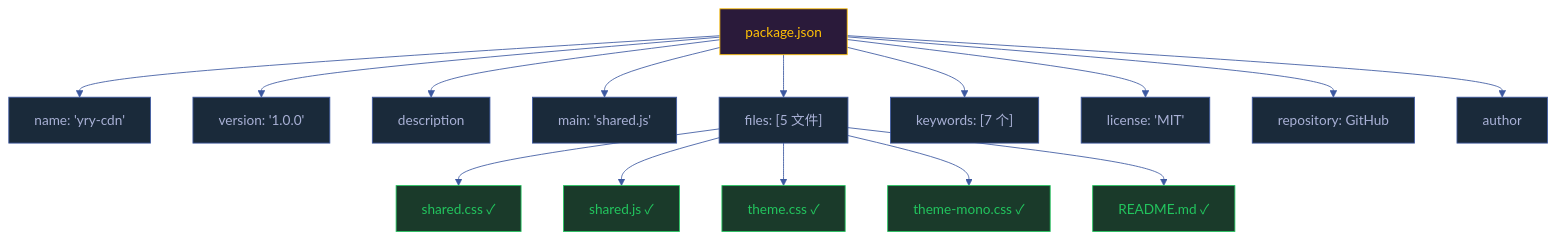
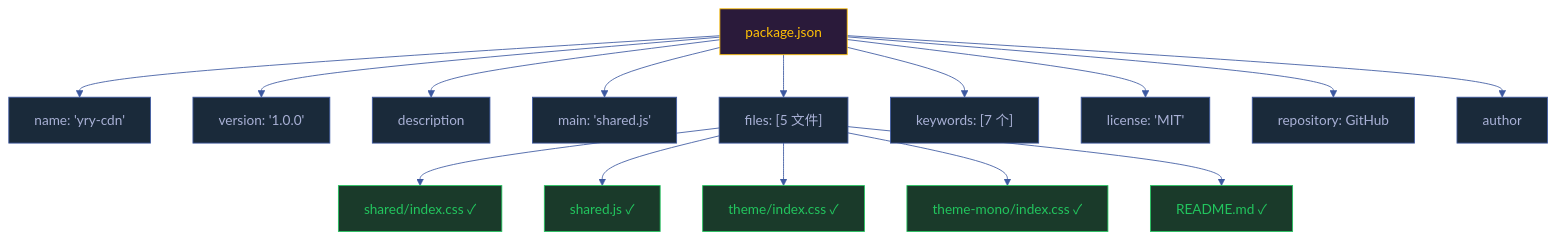
Before and after one commit to effiy/YrY: the second of 3 diagrams in cdn/故事任务面板/cdn/场景-5-npm包发布与版本管理/index.md, drawn with Mermaid. The commit also changed other lines of this file and 553 other files, not shown here.

````diff
--- a/cdn/故事任务面板/cdn/场景-5-npm包发布与版本管理/index.md
+++ b/cdn/故事任务面板/cdn/场景-5-npm包发布与版本管理/index.md
@@ -70,30 +70,30 @@
 ```mermaid
 %%{init: {'theme': 'base', 'themeVariables': {
   'primaryColor': '#1e1f2b',
   'primaryTextColor': '#a9b1d6',
   'primaryBorderColor': '#3d59a1',
   'lineColor': '#3d59a1',
   'secondaryColor': '#2b2d3b',
   'tertiaryColor': '#21232f'
 }}}%%
 flowchart TD
     PKG_JSON["package.json"]:::meta --> NAME["name: 'yry-cdn'"]:::field
     PKG_JSON --> VER["version: '1.0.0'"]:::field
     PKG_JSON --> DESC["description"]:::field
     PKG_JSON --> MAIN["main: 'shared.js'"]:::field
     PKG_JSON --> FILES_FIELD["files: [5 文件]"]:::field
     PKG_JSON --> KEYS["keywords: [7 个]"]:::field
     PKG_JSON --> LIC["license: 'MIT'"]:::field
     PKG_JSON --> REPO_FIELD["repository: GitHub"]:::field
     PKG_JSON --> AUTHOR["author"]:::field
 
-    FILES_FIELD --> F1["shared.css ✓"]:::check
+    FILES_FIELD --> F1["shared/index.css ✓"]:::check
     FILES_FIELD --> F2["shared.js ✓"]:::check
-    FILES_FIELD --> F3["theme.css ✓"]:::check
-    FILES_FIELD --> F4["theme-mono.css ✓"]:::check
+    FILES_FIELD --> F3["theme/index.css ✓"]:::check
+    FILES_FIELD --> F4["theme-mono/index.css ✓"]:::check
     FILES_FIELD --> F5["README.md ✓"]:::check
 
     classDef meta fill:#2a1a3a,stroke:#FFC107,color:#FFC107
     classDef field fill:#1a2a3a,stroke:#3d59a1,color:#a9b1d6
     classDef check fill:#1a3a2a,stroke:#22c55e,color:#22c55e
 ```
````
